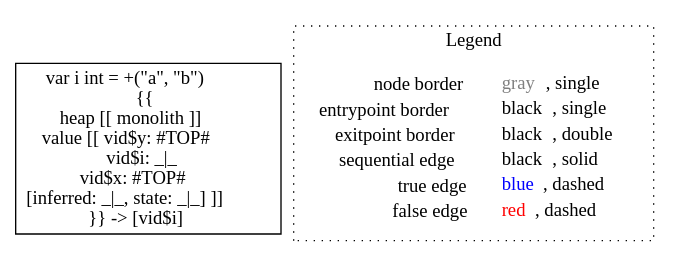
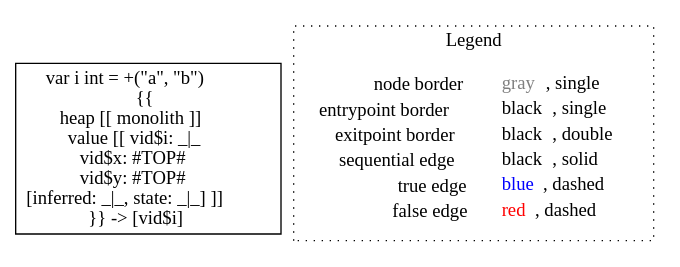
Before and after one commit to lisa-analyzer/go-lisa: the diagram in go-lisa/go-testcases/typing/typing___int_~LiSAProgram.typeError2(int_x,_int_y).dot, drawn with Graphviz. The commit also changed 9 other files, not shown here.

```diff
--- a/go-lisa/go-testcases/typing/typing___int_~LiSAProgram.typeError2(int_x,_int_y).dot
+++ b/go-lisa/go-testcases/typing/typing___int_~LiSAProgram.typeError2(int_x,_int_y).dot
@@ -1,10 +1,10 @@
 digraph {
-	"node0" [shape="rect",color="black",label=<var i int = +(&quot;a&quot;, &quot;b&quot;)<BR/>{{<BR/>heap [[ monolith ]]<BR/>value [[ vid$y: #TOP#<BR/>vid$i: _|_<BR/>vid$x: #TOP#<BR/>[inferred: _|_, state: _|_] ]]<BR/>}} -&gt; [vid$i]>];
+	"node0" [shape="rect",color="black",label=<var i int = +(&quot;a&quot;, &quot;b&quot;)<BR/>{{<BR/>heap [[ monolith ]]<BR/>value [[ vid$i: _|_<BR/>vid$x: #TOP#<BR/>vid$y: #TOP#<BR/>[inferred: _|_, state: _|_] ]]<BR/>}} -&gt; [vid$i]>];
 subgraph cluster_legend {
 	label="Legend";
 	style=dotted;
 	node [shape=plaintext];
 	"legend" [label=<<table border="0" cellpadding="2" cellspacing="0" cellborder="0"><tr><td align="right">node border&nbsp;</td><td align="left"><font color="gray">gray</font>, single</td></tr><tr><td align="right">entrypoint border&nbsp;</td><td align="left"><font color="black">black</font>, single</td></tr><tr><td align="right">exitpoint border&nbsp;</td><td align="left"><font color="black">black</font>, double</td></tr><tr><td align="right">sequential edge&nbsp;</td><td align="left"><font color="black">black</font>, solid</td></tr><tr><td align="right">true edge&nbsp;</td><td align="left"><font color="blue">blue</font>, dashed</td></tr><tr><td align="right">false edge&nbsp;</td><td align="left"><font color="red">red</font>, dashed</td></tr></table>>];
 }
 
 }
```
